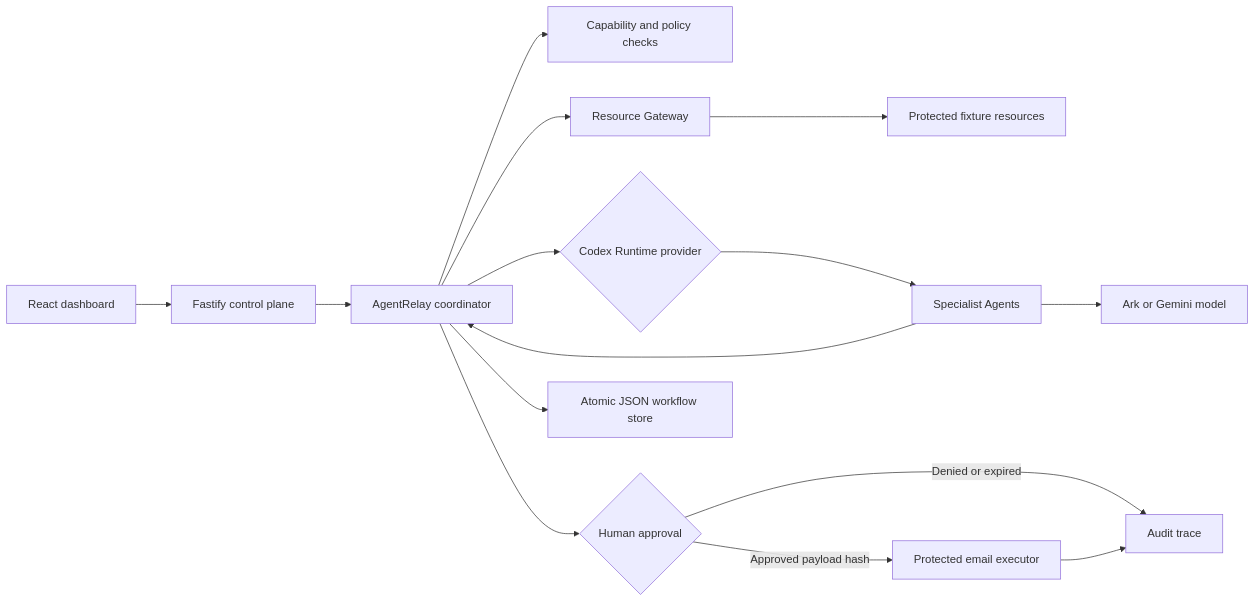
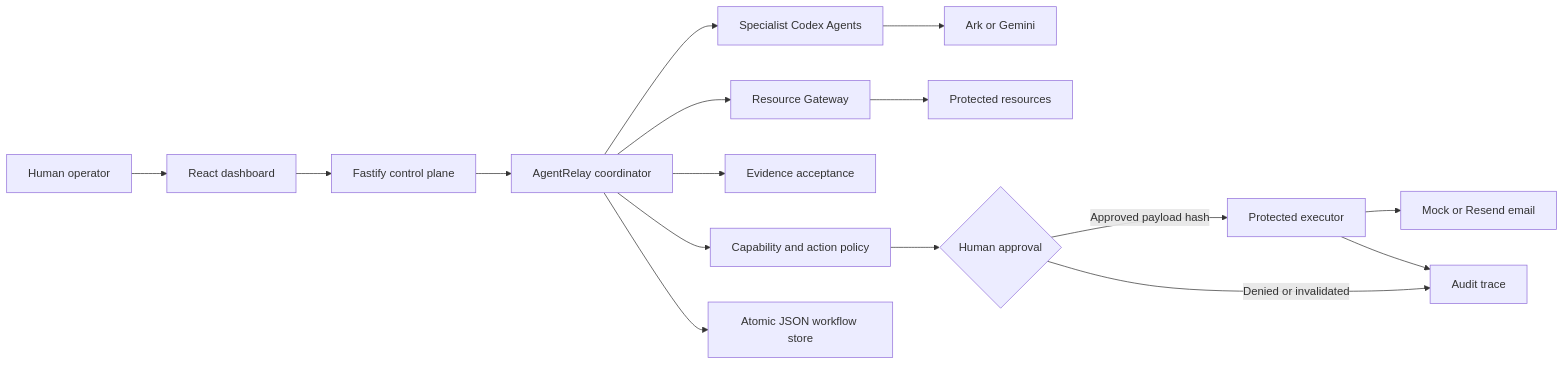
The diagram in README.md (Riddhima-jain/latent-five-agentrelay), drawn with Mermaid before and after one commit. The commit also changed other lines of this file, not shown here.

````diff
--- a/README.md
+++ b/README.md
@@ -288,17 +67,18 @@
 ```mermaid
 flowchart LR
-    UI["React dashboard"] --> API["Fastify control plane"]
+    User["Human operator"] --> UI["React dashboard"]
+    UI --> API["Fastify control plane"]
     API --> Coordinator["AgentRelay coordinator"]
-    Coordinator --> Policy["Capability and policy checks"]
+    Coordinator --> Agents["Specialist Codex Agents"]
+    Agents --> Model["Ark or Gemini"]
     Coordinator --> Gateway["Resource Gateway"]
-    Coordinator --> Runtime{"Codex Runtime provider"}
-    Gateway --> Fixtures["Protected fixture resources"]
-    Runtime --> Agents["Specialist Agents"]
-    Agents --> Model["Ark or Gemini model"]
-    Agents --> Coordinator
-    Coordinator --> Approval{"Human approval"}
-    Approval -->|Approved payload hash| Executor["Protected email executor"]
-    Approval -->|Denied or expired| Trace["Audit trace"]
+    Gateway --> Fixtures["Protected resources"]
+    Coordinator --> Evidence["Evidence acceptance"]
+    Coordinator --> Policy["Capability and action policy"]
+    Policy --> Approval{"Human approval"}
+    Approval -->|Approved payload hash| Executor["Protected executor"]
+    Approval -->|Denied or invalidated| Trace["Audit trace"]
+    Executor --> Email["Mock or Resend email"]
     Executor --> Trace
     Coordinator --> Store["Atomic JSON workflow store"]
 ```
````
